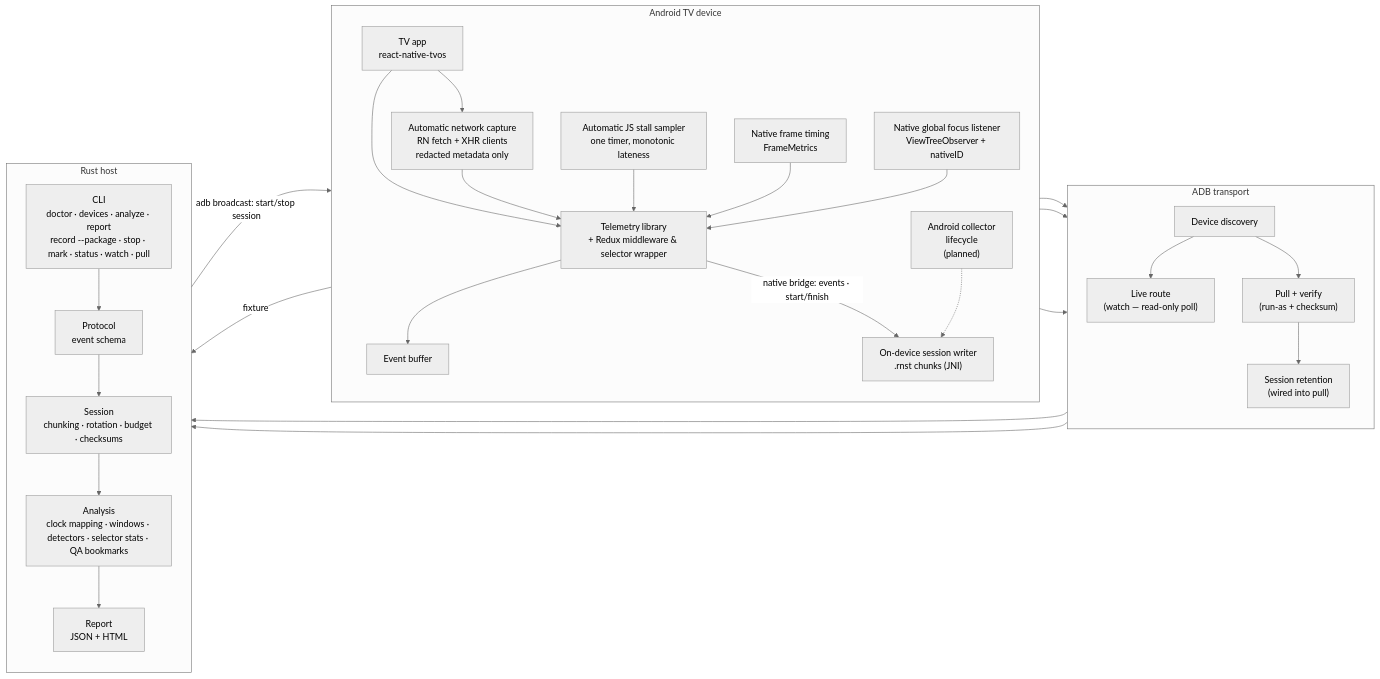
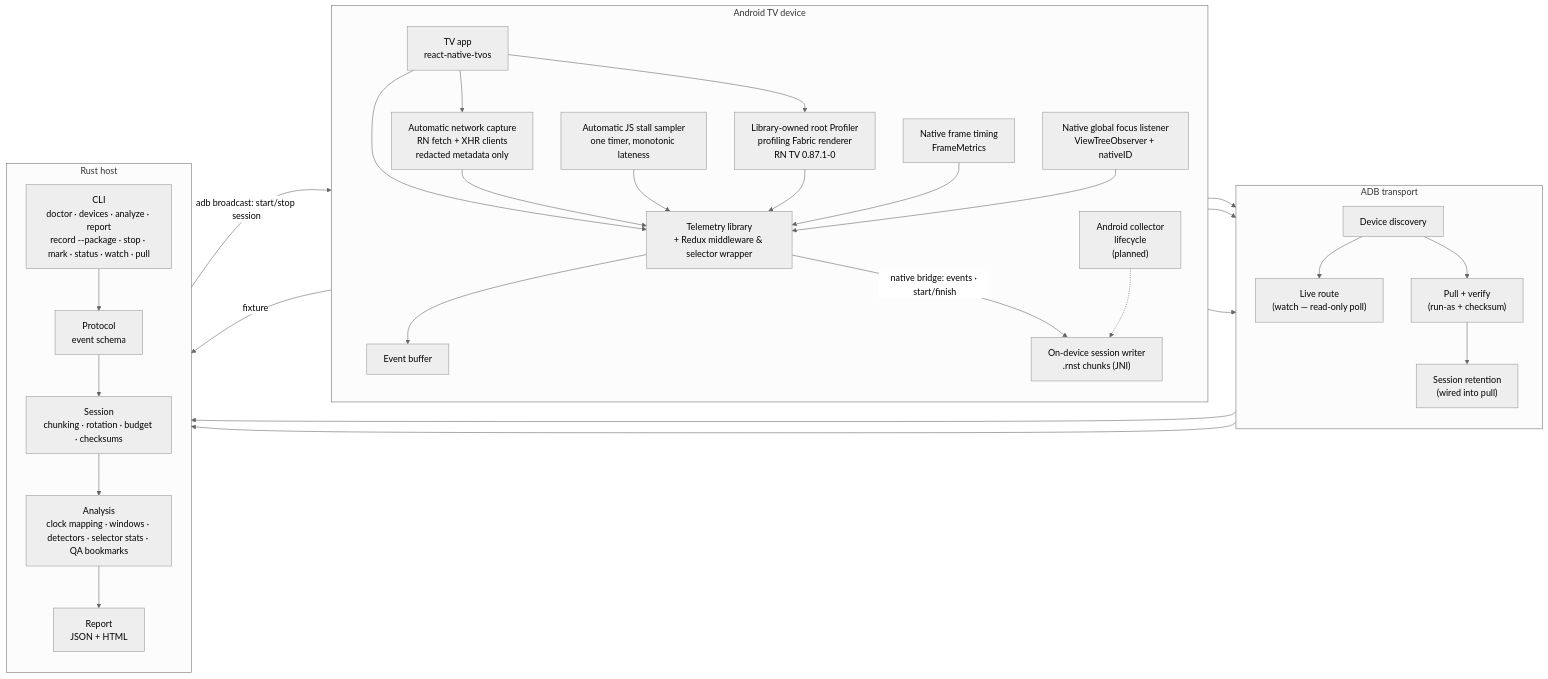
One commit to undrafted/rn-android-tv-session-telemetry changed the diagram in diagrams/architecture.mmd. Above: the diagram before and after it, drawn with Mermaid. The commit also changed 16 other files, not shown here.

Commit message:
Add root-level React profiling and capture disclosure

```diff
--- a/diagrams/architecture.mmd
+++ b/diagrams/architecture.mmd
@@ -1,51 +1,53 @@
 %%{init: {"theme": "neutral"}}%%
 flowchart LR
     subgraph Device["Android TV device"]
         direction TB
         App["TV app<br/>react-native-tvos"]
         Lib["Telemetry library<br/>+ Redux middleware & selector wrapper"]
         Network["Automatic network capture<br/>RN fetch + XHR clients<br/>redacted metadata only"]
         Stalls["Automatic JS stall sampler<br/>one timer, monotonic lateness"]
+        ReactTiming["Library-owned root Profiler<br/>profiling Fabric renderer<br/>RN TV 0.87.1-0"]
         Buffer["Event buffer"]
         FrameTiming["Native frame timing<br/>FrameMetrics"]
         GlobalFocus["Native global focus listener<br/>ViewTreeObserver + nativeID"]
         Collector["Android collector<br/>lifecycle<br/>(planned)"]
         Writer["On-device session writer<br/>.rnst chunks (JNI)"]
         App --> Lib
         App --> Network --> Lib
         Stalls --> Lib
+        App --> ReactTiming --> Lib
         FrameTiming --> Lib
         GlobalFocus --> Lib
         Lib --> Buffer
         Lib -->|native bridge: events · start/finish| Writer
         Collector -.-> Writer
     end
 
     subgraph Transport["ADB transport"]
         direction TB
         Discover["Device discovery"]
         LiveRoute["Live route<br/>(watch — read-only poll)"]
         Pull["Pull + verify<br/>(run-as + checksum)"]
         Retain["Session retention<br/>(wired into pull)"]
         Discover --> LiveRoute
         Discover --> Pull
         Pull --> Retain
     end
 
     subgraph Host["Rust host"]
         direction TB
         CLI["CLI<br/>doctor · devices · analyze · report<br/>record --package · stop · mark · status · watch · pull"]
         Protocol["Protocol<br/>event schema"]
         SessionCrate["Session<br/>chunking · rotation · budget · checksums"]
         Analysis["Analysis<br/>clock mapping · windows · detectors · selector stats · QA bookmarks"]
         Report["Report<br/>JSON + HTML"]
         CLI --> Protocol --> SessionCrate --> Analysis --> Report
     end
 
     App --> Discover
     Writer --> Pull
     Writer --> LiveRoute
     Pull --> CLI
     LiveRoute --> CLI
     Buffer -->|fixture| CLI
     CLI -->|adb broadcast: start/stop session| Writer
```
